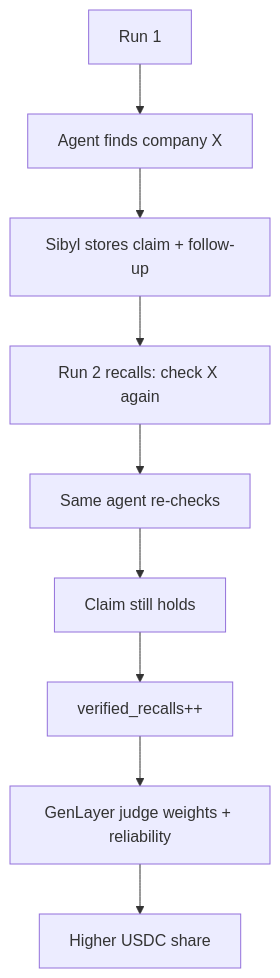
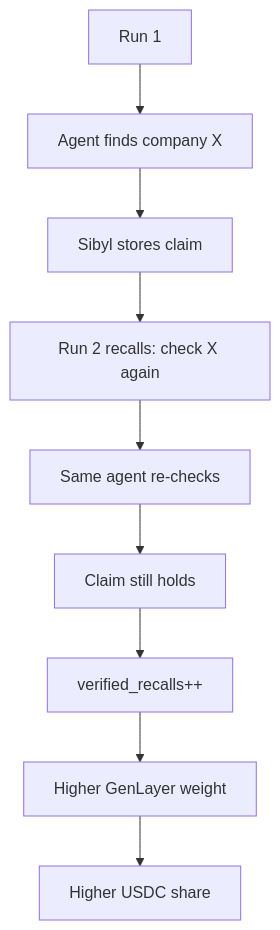
Before and after one commit to Jr-kenny/newintel: the third of 3 diagrams in README.md, drawn with Mermaid. The commit also changed other lines of this file and 1 other file, not shown here.

First line of the commit message:
docs: rewrite README as a demand graph for agents

````diff
--- a/README.md
+++ b/README.md
@@ -119,11 +116,11 @@
 ```mermaid
 flowchart TB
     R1[Run 1] --> C[Agent finds company X]
-    C --> M[Sibyl stores claim + follow-up]
+    C --> M[Sibyl stores claim]
     M --> R2[Run 2 recalls: check X again]
     R2 --> A[Same agent re-checks]
     A --> H[Claim still holds]
     H --> V[verified_recalls++]
-    V --> J[GenLayer judge weights + reliability]
+    V --> J[Higher GenLayer weight]
     J --> P[Higher USDC share]
 ```
````
